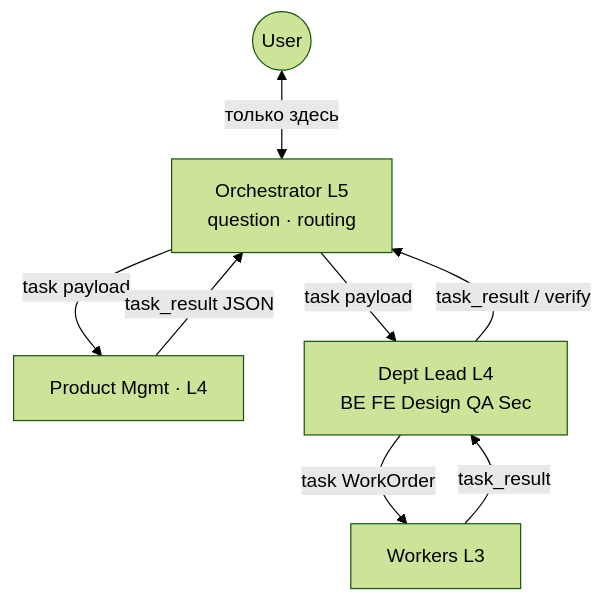
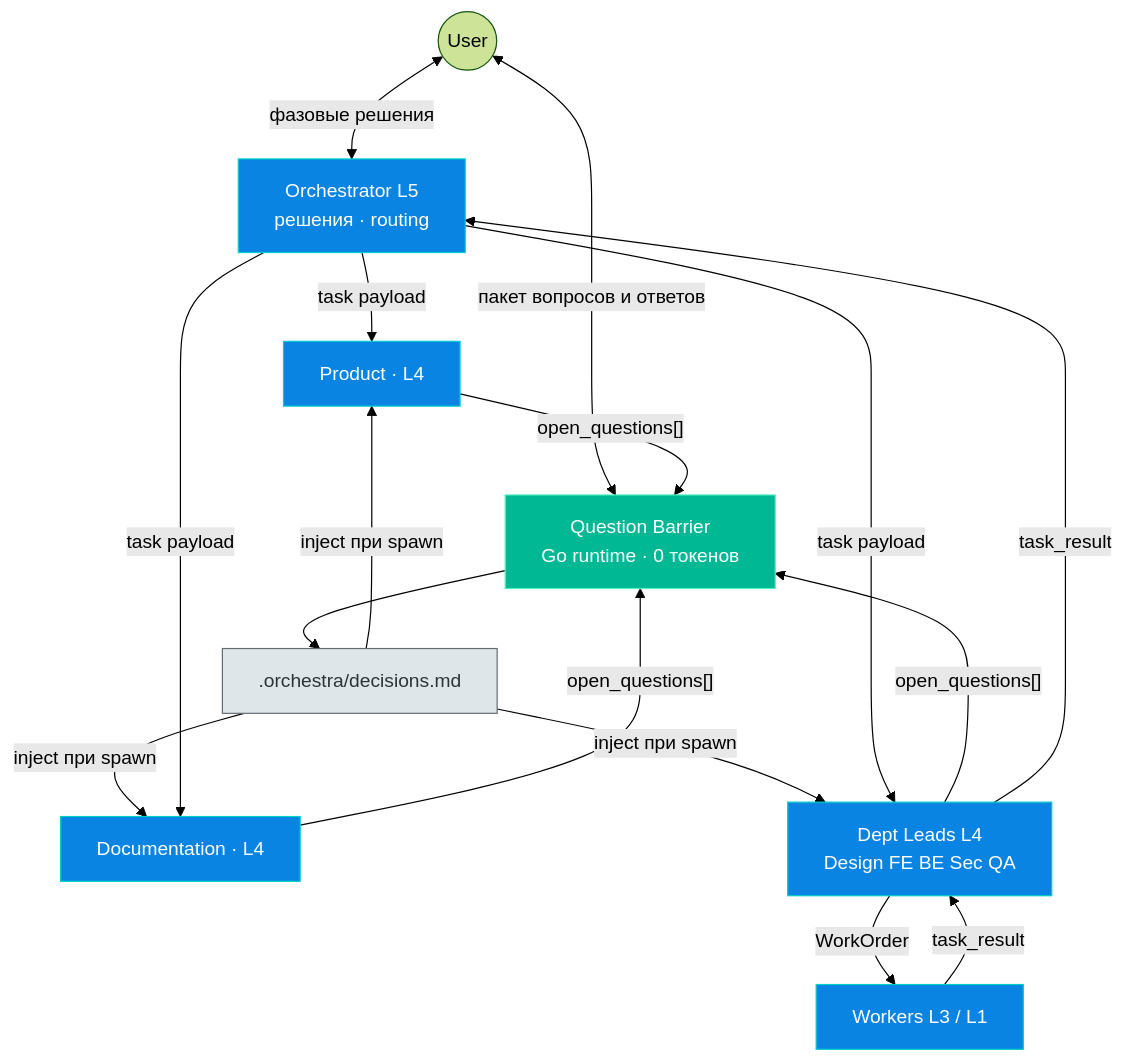
Before and after one commit to GreyKxtx/Orchestra: the fourth of 21 diagrams in docs/architecture/orchestra-routing.md, drawn with Mermaid (forest theme). The commit also changed other lines of this file and 108 other files, not shown here.

First line of the commit message:
feat(orchestra): vNext SDLC runtime — gates, contract epoch, question barrier, tier labels

````diff
--- a/docs/architecture/orchestra-routing.md
+++ b/docs/architecture/orchestra-routing.md
@@ -149,16 +329,31 @@
 ```mermaid
 flowchart TB
+    classDef rt fill:#00b894,stroke:#55efc4,color:#fff
+    classDef llm fill:#0984e3,stroke:#00cec9,color:#fff
+    classDef art fill:#dfe6e9,stroke:#636e72,color:#2d3436
+
     User(("User"))
-    Orch["Orchestrator L5<br>question · routing"]
-    PM["Product Mgmt · L4"]
-    DL["Dept Lead L4<br>BE FE Design QA Sec"]
-    W["Workers L3"]
+    Orch["Orchestrator L5<br>решения · routing"]:::llm
+    BAR["Question Barrier<br>Go runtime · 0 токенов"]:::rt
+    DEC[".orchestra/decisions.md"]:::art
+    PM["Product · L4"]:::llm
+    Docs["Documentation · L4"]:::llm
+    DL["Dept Leads L4<br>Design FE BE Sec QA"]:::llm
+    W["Workers L3 / L1"]:::llm
 
-    User <-->|"только здесь"| Orch
+    User <-->|"фазовые решения"| Orch
+    User <-->|"пакет вопросов и ответов"| BAR
+    PM -->|"open_questions[]"| BAR
+    Docs -->|"open_questions[]"| BAR
+    DL -->|"open_questions[]"| BAR
+    BAR --> DEC
+    DEC -->|"inject при spawn"| PM
+    DEC -->|"inject при spawn"| Docs
+    DEC -->|"inject при spawn"| DL
     Orch -->|"task payload"| PM
+    Orch -->|"task payload"| Docs
     Orch -->|"task payload"| DL
-    DL -->|"task WorkOrder"| W
-    PM -->|"task_result JSON"| Orch
-    DL -->|"task_result / verify"| Orch
+    DL -->|"WorkOrder"| W
     W -->|"task_result"| DL
+    DL -->|"task_result"| Orch
 ```
````
